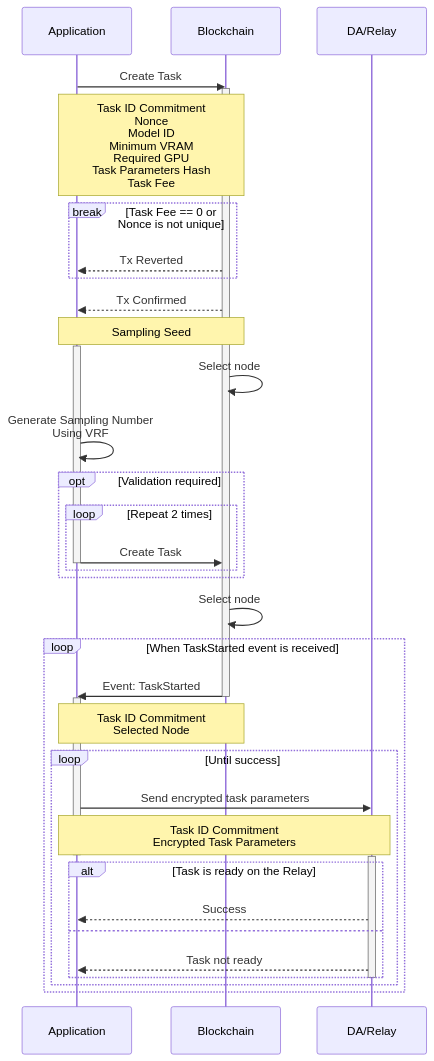
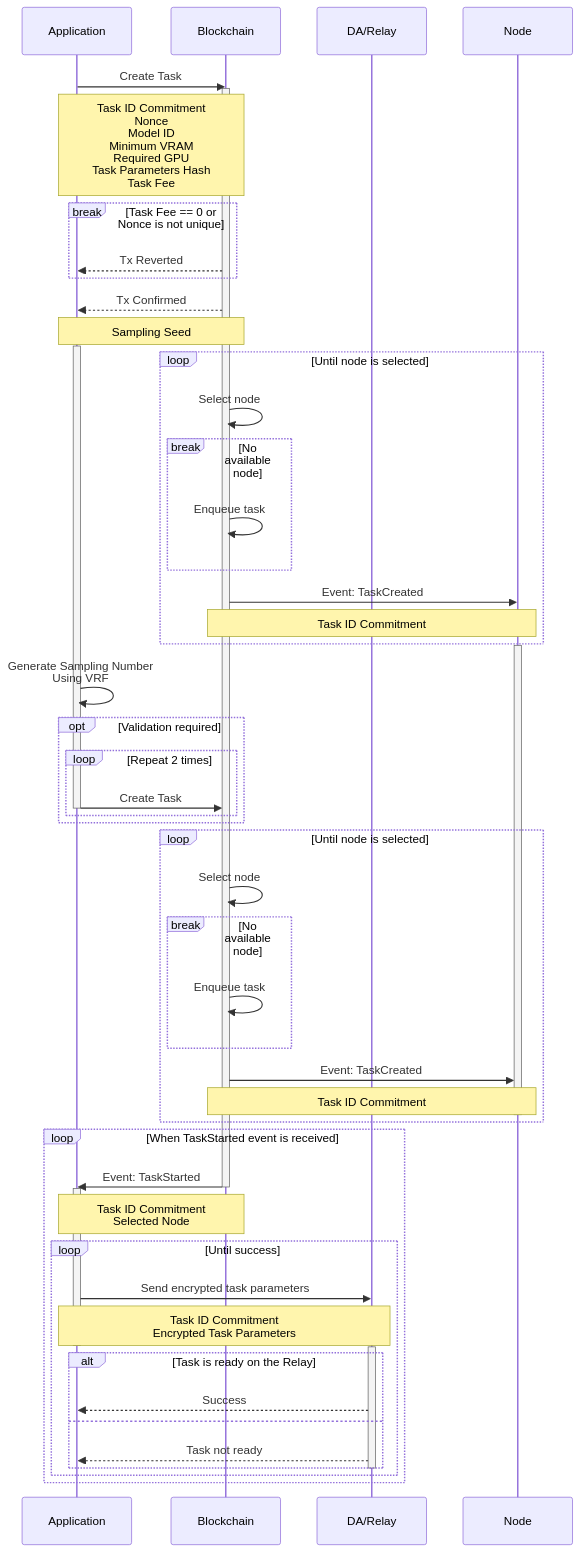
The first of 2 diagrams in gitbook/system-design/task-lifecycle.md (crynux-ai/documentation), drawn with Mermaid before and after one commit. The commit also changed other lines of this file, not shown here.

Commit message:
GITBOOK-264: No subject

````diff
--- a/gitbook/system-design/task-lifecycle.md
+++ b/gitbook/system-design/task-lifecycle.md
@@ -17,45 +17,66 @@
 ```mermaid
 sequenceDiagram
     Participant A as Application
     Participant B as Blockchain
     Participant R as DA/Relay
+    Participant N as Node
 
     A ->> B: Create Task
     activate B
     Note over A,B: Task ID Commitment<br/>Nonce<br/>Model ID<br/>Minimum VRAM<br/>Required GPU<br/>Task Parameters Hash<br/>Task Fee
 
     break Task Fee == 0 or Nonce is not unique
         B -->> A: Tx Reverted
     end
     
     B -->> A: Tx Confirmed
     Note over A,B: Sampling Seed
     activate A
-    B ->> B: Select node
+    
+    loop Until node is selected
+        B ->> B: Select node
+        break No available node
+            B ->> B: Enqueue task
+        end
+        B ->> N: Event: TaskCreated
+        Note over B,N: Task ID Commitment
+    end
+
+    activate N
     A ->> A: Generate Sampling Number<br/>Using VRF
     opt Validation required
         loop Repeat 2 times
             A ->> B: Create Task
             deactivate A
         end
     end
-    B ->> B: Select node
+
+    loop Until node is selected
+        B ->> B: Select node
+        break No available node
+            B ->> B: Enqueue task
+        end
+        B ->> N: Event: TaskCreated
+        Note over B,N: Task ID Commitment
+        deactivate N
+    end
+
     loop When TaskStarted event is received
         B ->> A: Event: TaskStarted
         deactivate B
         activate A
         Note over A,B: Task ID Commitment<br/>Selected Node
         loop Until success
             A ->> R: Send encrypted task parameters
             Note over A,R: Task ID Commitment<br/>Encrypted Task Parameters
             deactivate A
             activate R
             alt Task is ready on the Relay
                 R -->> A: Success
             else
                 R -->> A: Task not ready
             end
             deactivate R
         end
     end
 ```
````
